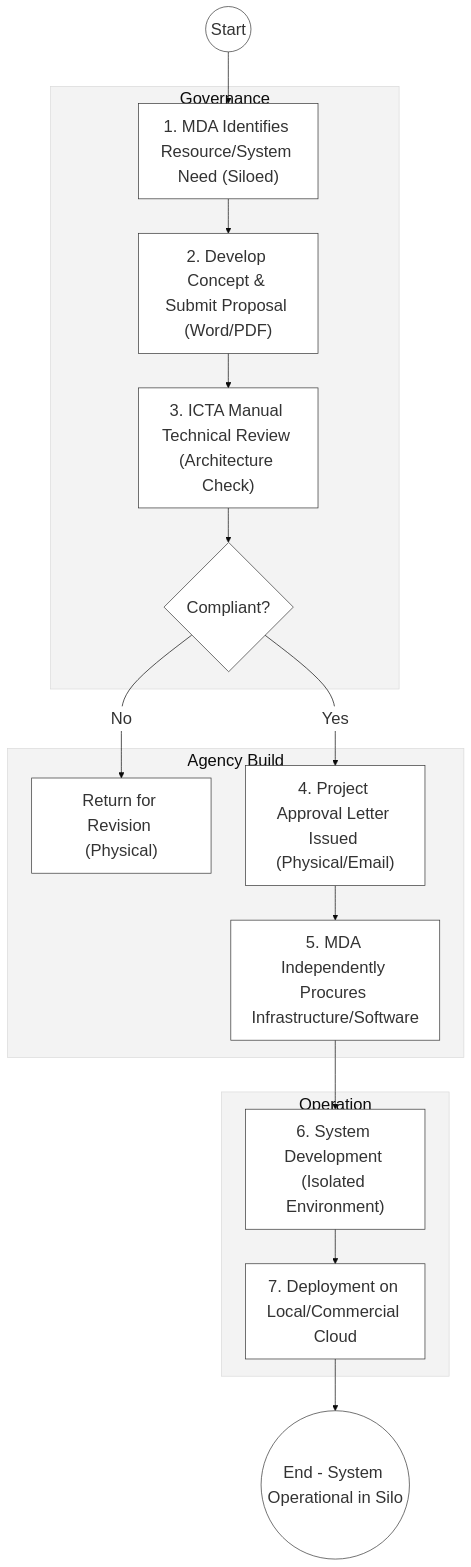
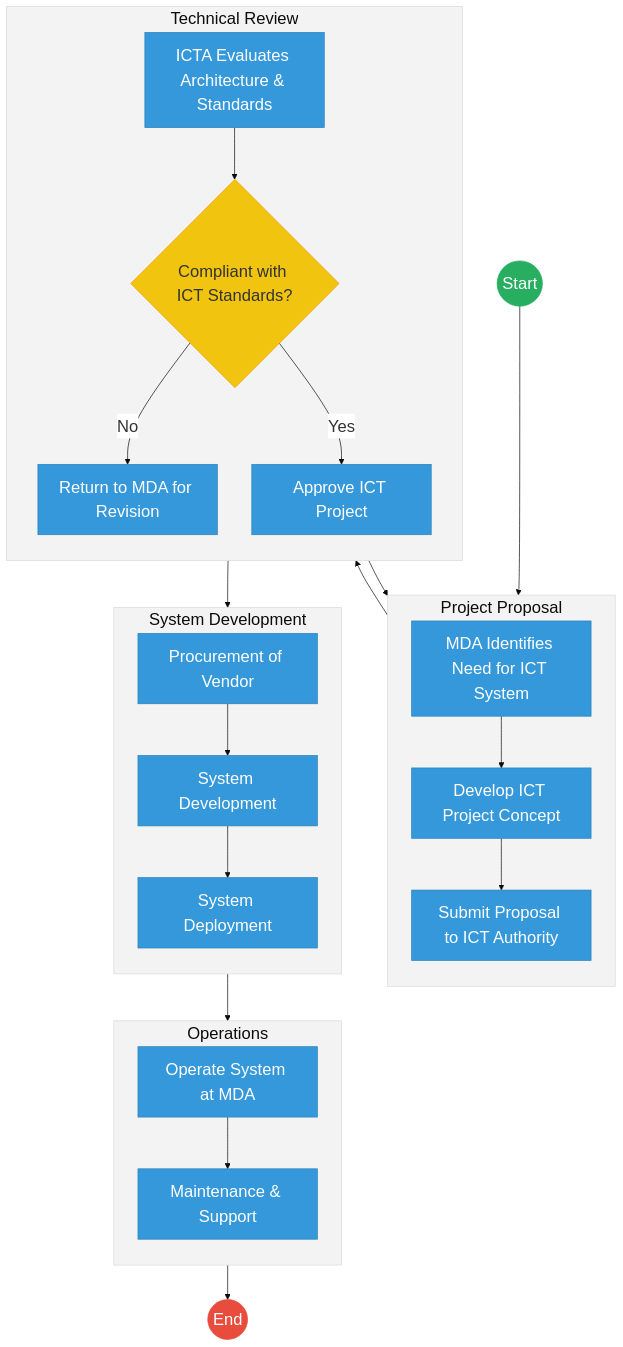
The first of 2 diagrams in mdas/docs_final/priority_mdas/ICT_Authority___Service_Delivery.md (BITZ-IT-Consulting-LTD/ictapoc), drawn with Mermaid before and after one commit. The commit also changed other lines of this file and 90 other files, not shown here.

````diff
--- a/mdas/docs_final/priority_mdas/ICT_Authority___Service_Delivery.md
+++ b/mdas/docs_final/priority_mdas/ICT_Authority___Service_Delivery.md
@@ -77,24 +60,47 @@
 ```mermaid
 %%{init: { 'theme': 'base', 'themeVariables': { 'fontSize': '24px', 'fontFamily': 'Inter, system-ui, sans-serif', 'primaryColor': '#ffffff', 'edgeLabelBackground':'#ffffff', 'tertiaryColor': '#f3f3f3', 'mainBkg': '#ffffff', 'nodeBorder': '#333333' } } }%%
-flowchart TD
-    Start((Start)) --> Need["1. MDA Identifies Resource/System Need (Siloed)"]
+graph TD
+    Start((Start)) --> Need["MDA Identifies Need for ICT System"]
     
-    subgraph Review_Silo["Governance"]
-        Need --> Concept["2. Develop Concept & Submit Proposal (Word/PDF)"]
-        Concept --> Review["3. ICTA Manual Technical Review (Architecture Check)"]
-        Review --> Decision{"Compliant?"}
+    subgraph Proposal["Project Proposal"]
+        direction TB
+        Need --> Concept["Develop ICT Project Concept"]
+        Concept --> Submit["Submit Proposal to ICT Authority"]
     end
+    
+    subgraph Review["Technical Review"]
+        direction TB
+        Submit --> Evaluate["ICTA Evaluates Architecture & Standards"]
+        Evaluate --> Decision{"Compliant with ICT Standards?"}
+        
+        Decision -- "No" --> Revise["Return to MDA for Revision"]
+        Revise --> Concept
+        
+        Decision -- "Yes" --> Approve["Approve ICT Project"]
+    end
+    
+    subgraph Implementation["System Development"]
+        direction TB
+        Approve --> Procurement["Procurement of Vendor"]
+        Procurement --> Build["System Development"]
+        Build --> Deploy["System Deployment"]
+    end
+    
+    subgraph Operations["Operations"]
+        direction TB
+        Deploy --> Operate["Operate System at MDA"]
+        Operate --> Maintain["Maintenance & Support"]
+    end
+    
+    Maintain --> End((End))
 
-    subgraph Implementation_Silo["Agency Build"]
-        Decision -- "No" --> Fix["Return for Revision (Physical)"]
-        Decision -- "Yes" --> Appr["4. Project Approval Letter Issued (Physical/Email)"]
-        Appr --> Procure["5. MDA Independently Procures Infrastructure/Software"]
-    end
-
-    subgraph Delivery_Layer["Operation"]
-        Procure --> Build["6. System Development (Isolated Environment)"]
-        Build --> Deploy["7. Deployment on Local/Commercial Cloud"]
-    end
-
-    Deploy --> EndProcess(("End - System Operational in Silo"))
+    classDef start fill:#27ae60,stroke:#27ae60,color:#fff,font-size:24px,font-size:24px;;
+    classDef endNode fill:#e74c3c,stroke:#e74c3c,color:#fff,font-size:24px,font-size:24px;;
+    classDef userTask fill:#3498db,stroke:#2980b9,color:#fff,font-size:24px,font-size:24px;;
+    classDef gateway fill:#f1c40f,stroke:#f39c12,color:#333,font-size:24px,font-size:24px;;
+    
+    class Start start;
+    class End endNode;
+    class Decision gateway;
+    class Need,Concept,Submit,Evaluate,Revise,Approve,Procurement,Build,Deploy,Operate,Maintain userTask;
 ```
````
